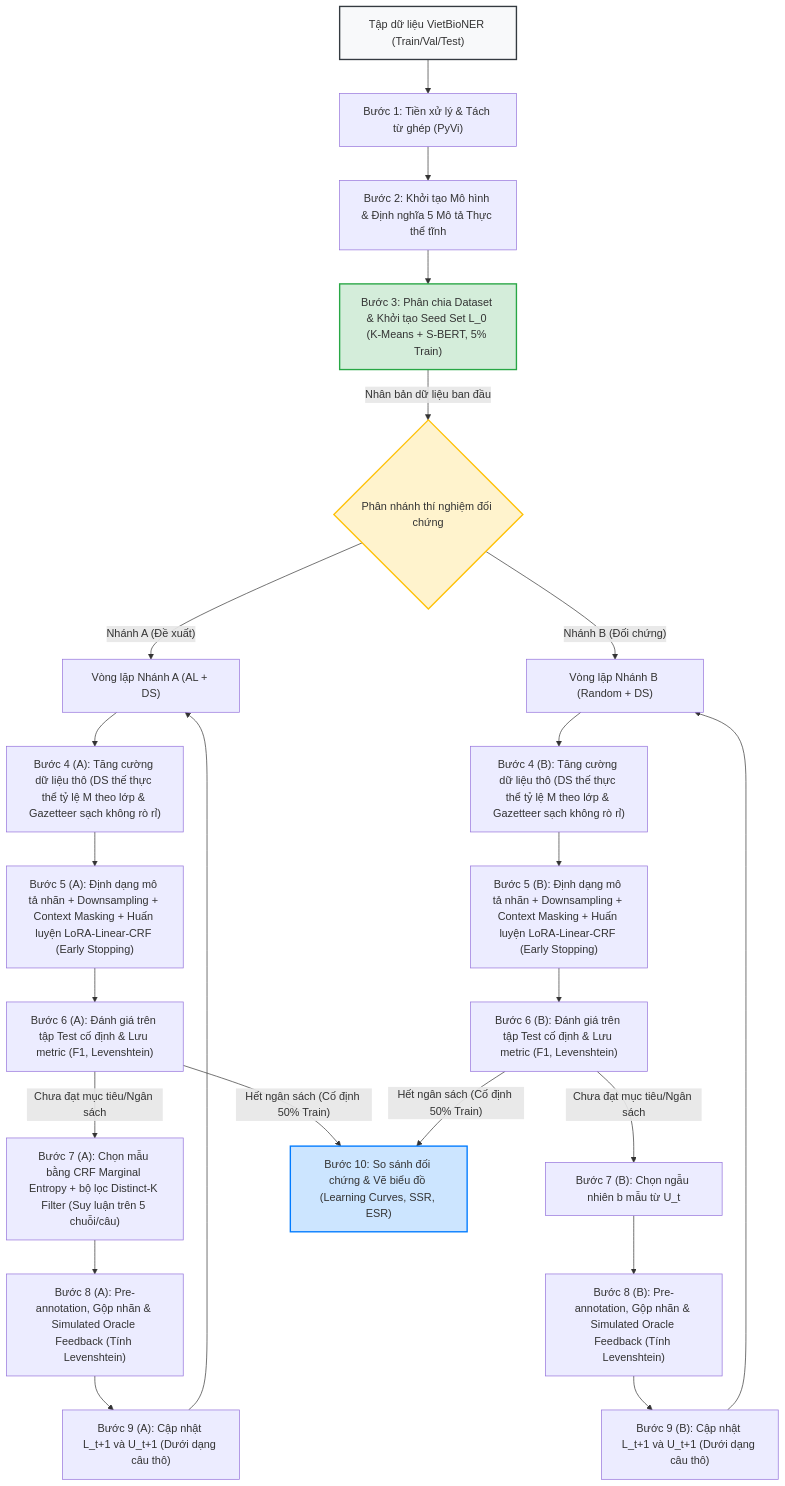
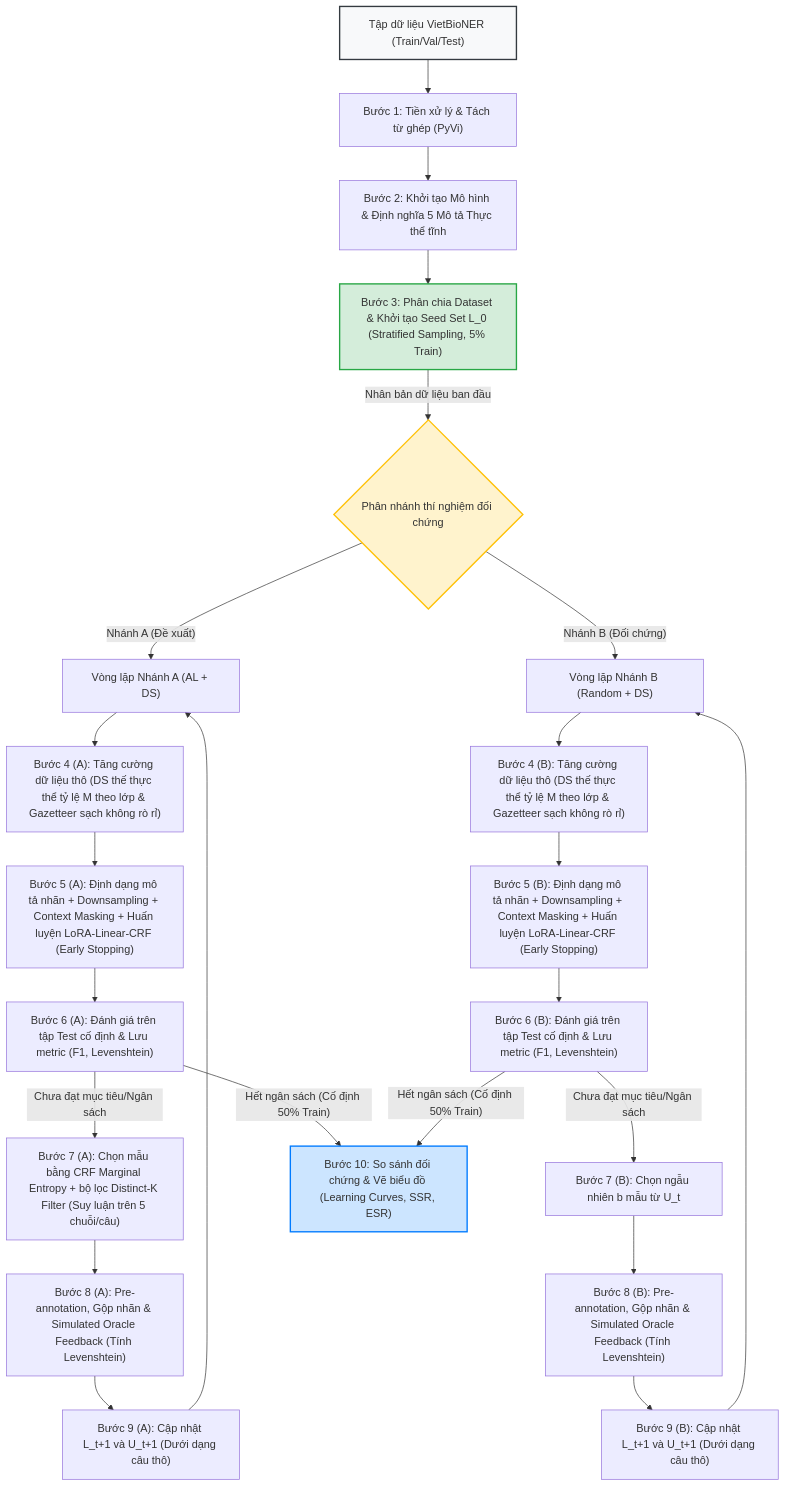
Before and after one commit to Uyen211/research_activelearning_vietbioner: the diagram in proposal/05_evaluation_and_pipeline/pipeline.md, drawn with Mermaid. The commit also changed other lines of this file and 4 other files, not shown here.

````diff
--- a/proposal/05_evaluation_and_pipeline/pipeline.md
+++ b/proposal/05_evaluation_and_pipeline/pipeline.md
@@ -15,39 +15,39 @@
 ```mermaid
 graph TD
     %% Phase 1: Khoi tao chung
     Raw_Data["Tập dữ liệu VietBioNER (Train/Val/Test)"] --> Step1["Bước 1: Tiền xử lý & Tách từ ghép (PyVi)"]
     Step1 --> Step2["Bước 2: Khởi tạo Mô hình & Định nghĩa 5 Mô tả Thực thể tĩnh"]
-    Step2 --> Step3["Bước 3: Phân chia Dataset & Khởi tạo Seed Set L_0 (K-Means + S-BERT, 5% Train)"]
+    Step2 --> Step3["Bước 3: Phân chia Dataset & Khởi tạo Seed Set L_0 (Stratified Sampling, 5% Train)"]
     
     %% Nhanh doi chung
     Step3 --> |"Nhân bản dữ liệu ban đầu"| Fork{"Phân nhánh thí nghiệm đối chứng"}
     
     %% Nhanh A De xuat
     Fork -->|"Nhánh A (Đề xuất)"| A_Branch["Vòng lặp Nhánh A (AL + DS)"]
     A_Branch --> Step4_A["Bước 4 (A): Tăng cường dữ liệu thô (DS thế thực thể tỷ lệ M theo lớp & Gazetteer sạch không rò rỉ)"]
     Step4_A --> Step5_A["Bước 5 (A): Định dạng mô tả nhãn + Downsampling + Context Masking + Huấn luyện LoRA-Linear-CRF (Early Stopping)"]
     Step5_A --> Step6_A["Bước 6 (A): Đánh giá trên tập Test cố định & Lưu metric (F1, Levenshtein)"]
     Step6_A -- "Chưa đạt mục tiêu/Ngân sách" --> Step7_A["Bước 7 (A): Chọn mẫu bằng CRF Marginal Entropy + bộ lọc Distinct-K Filter (Suy luận trên 5 chuỗi/câu)"]
     Step7_A --> Step8_A["Bước 8 (A): Pre-annotation, Gộp nhãn & Simulated Oracle Feedback (Tính Levenshtein)"]
     Step8_A --> Step9_A["Bước 9 (A): Cập nhật L_t+1 và U_t+1 (Dưới dạng câu thô)"]
     Step9_A --> A_Branch
     
     %% Nhanh B Random Baseline
     Fork -->|"Nhánh B (Đối chứng)"| B_Branch["Vòng lặp Nhánh B (Random + DS)"]
     B_Branch --> Step4_B["Bước 4 (B): Tăng cường dữ liệu thô (DS thế thực thể tỷ lệ M theo lớp & Gazetteer sạch không rò rỉ)"]
     Step4_B --> Step5_B["Bước 5 (B): Định dạng mô tả nhãn + Downsampling + Context Masking + Huấn luyện LoRA-Linear-CRF (Early Stopping)"]
     Step5_B --> Step6_B["Bước 6 (B): Đánh giá trên tập Test cố định & Lưu metric (F1, Levenshtein)"]
     Step6_B -- "Chưa đạt mục tiêu/Ngân sách" --> Step7_B["Bước 7 (B): Chọn ngẫu nhiên b mẫu từ U_t"]
     Step7_B --> Step8_B["Bước 8 (B): Pre-annotation, Gộp nhãn & Simulated Oracle Feedback (Tính Levenshtein)"]
     Step8_B --> Step9_B["Bước 9 (B): Cập nhật L_t+1 và U_t+1 (Dưới dạng câu thô)"]
     Step9_B --> B_Branch
     
     %% Ket thuc va so sanh
     Step6_A -- "Hết ngân sách (Cố định 50% Train)" --> Compare["Bước 10: So sánh đối chứng & Vẽ biểu đồ (Learning Curves, SSR, ESR)"]
     Step6_B -- "Hết ngân sách (Cố định 50% Train)" --> Compare
     
     style Raw_Data fill:#f8f9fa,stroke:#343a40,stroke-width:2px
     style Step3 fill:#d4edda,stroke:#28a745,stroke-width:2px
     style Fork fill:#fff3cd,stroke:#ffc107,stroke-width:2px
     style Compare fill:#cce5ff,stroke:#007bff,stroke-width:2px
 ```
````
